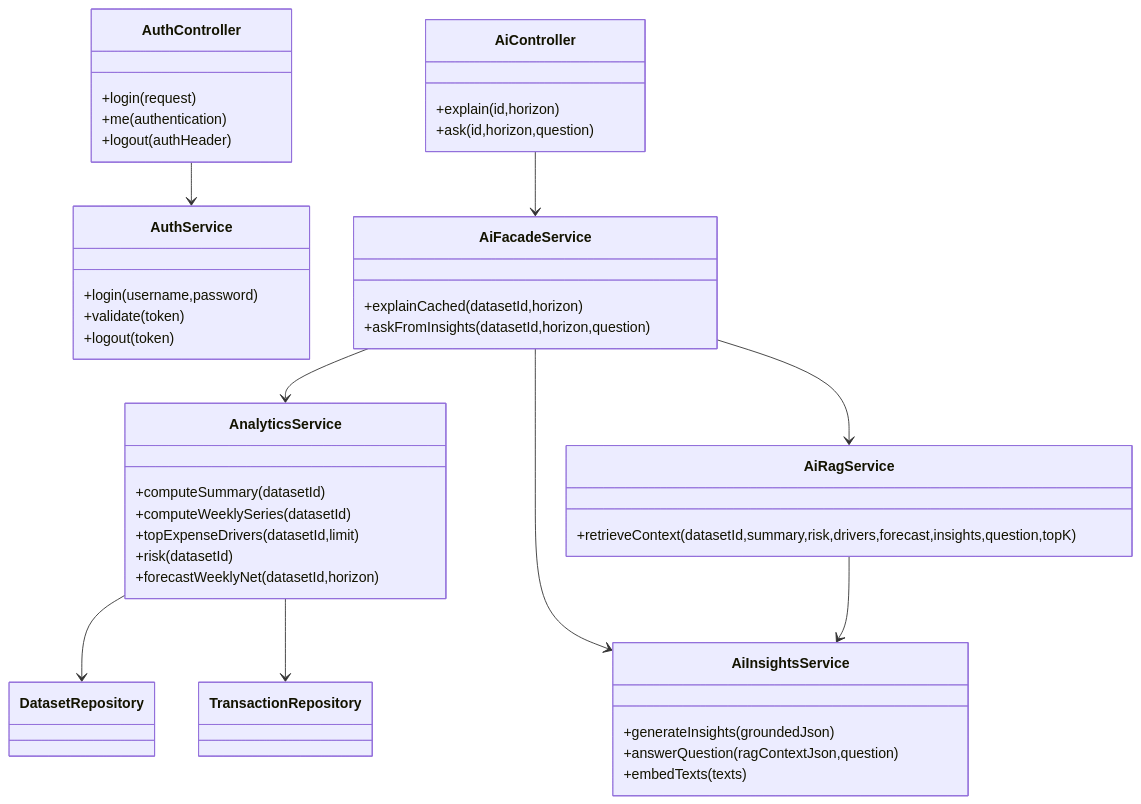
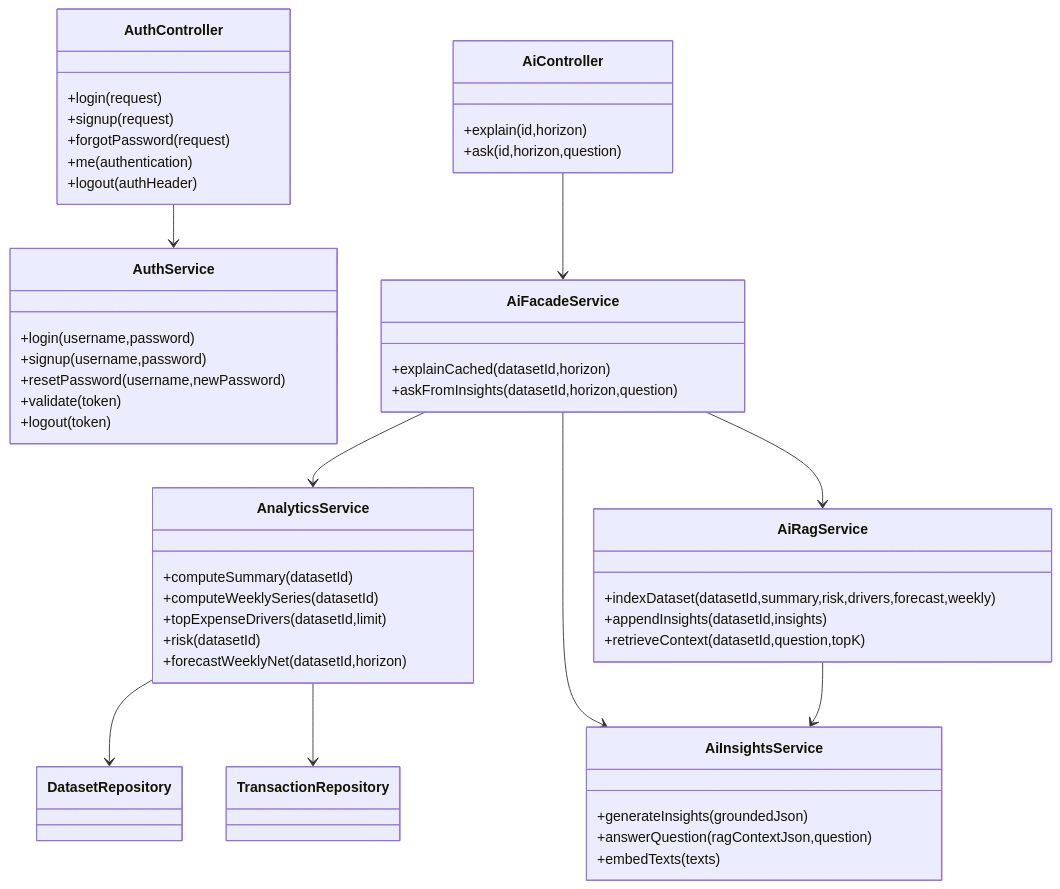
Before and after one commit to sannskruti/cashflow-ai-dashboard: the second of 3 diagrams in README.md, drawn with Mermaid. The commit also changed other lines of this file, not shown here.

````diff
--- a/README.md
+++ b/README.md
@@ -156,54 +173,60 @@
 ```mermaid
 classDiagram
     class AuthController {
       +login(request)
+      +signup(request)
+      +forgotPassword(request)
       +me(authentication)
       +logout(authHeader)
     }
 
     class AuthService {
       +login(username,password)
+      +signup(username,password)
+      +resetPassword(username,newPassword)
       +validate(token)
       +logout(token)
     }
 
     class AiController {
       +explain(id,horizon)
       +ask(id,horizon,question)
     }
 
     class AiFacadeService {
       +explainCached(datasetId,horizon)
       +askFromInsights(datasetId,horizon,question)
     }
 
     class AiRagService {
-      +retrieveContext(datasetId,summary,risk,drivers,forecast,insights,question,topK)
+      +indexDataset(datasetId,summary,risk,drivers,forecast,weekly)
+      +appendInsights(datasetId,insights)
+      +retrieveContext(datasetId,question,topK)
     }
 
     class AiInsightsService {
       +generateInsights(groundedJson)
       +answerQuestion(ragContextJson,question)
       +embedTexts(texts)
     }
 
     class AnalyticsService {
       +computeSummary(datasetId)
       +computeWeeklySeries(datasetId)
       +topExpenseDrivers(datasetId,limit)
       +risk(datasetId)
       +forecastWeeklyNet(datasetId,horizon)
     }
 
     class DatasetRepository
     class TransactionRepository
 
     AuthController --> AuthService
     AiController --> AiFacadeService
     AiFacadeService --> AnalyticsService
     AiFacadeService --> AiInsightsService
     AiFacadeService --> AiRagService
     AiRagService --> AiInsightsService
     AnalyticsService --> DatasetRepository
     AnalyticsService --> TransactionRepository
 ```
````
